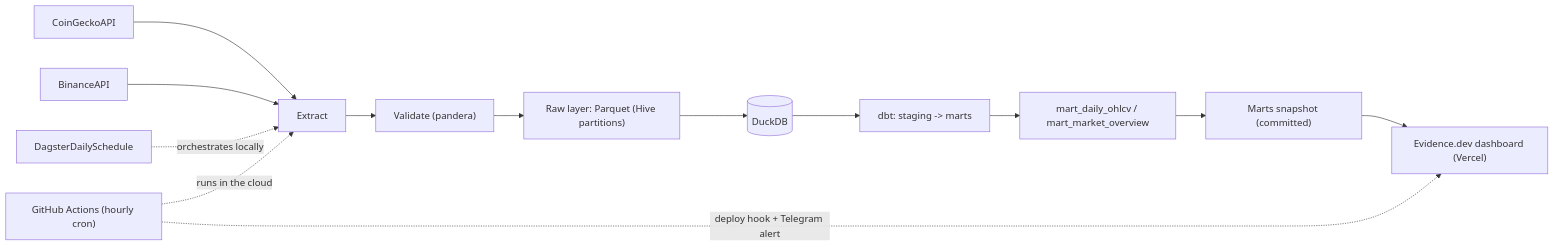
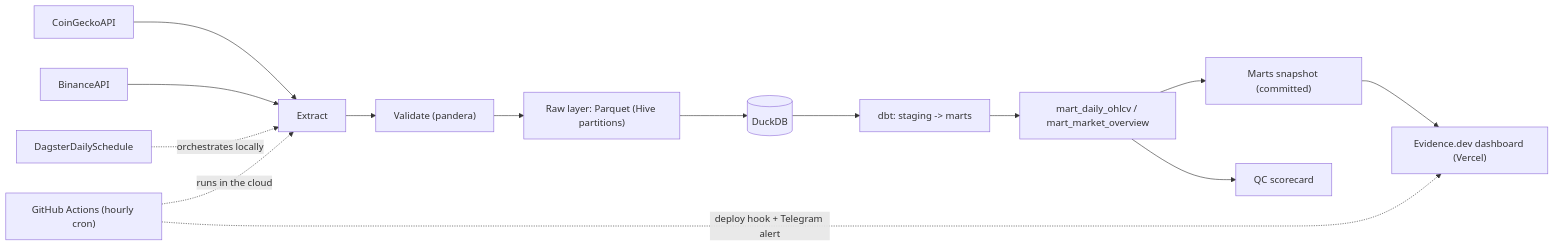
The diagram in README.md (marioespinosaperales/crypto-market-elt), drawn with Mermaid before and after one commit. The commit also changed other lines of this file and 10 other files, not shown here.

````diff
--- a/README.md
+++ b/README.md
@@ -10,15 +11,16 @@
 ```mermaid
 flowchart LR
     cg[CoinGeckoAPI] --> extract[Extract]
     bn[BinanceAPI] --> extract
     extract --> validate["Validate (pandera)"]
     validate --> parquet["Raw layer: Parquet (Hive partitions)"]
     parquet --> duck[(DuckDB)]
     duck --> dbt["dbt: staging -> marts"]
     dbt --> marts["mart_daily_ohlcv / mart_market_overview"]
     marts --> snapshot["Marts snapshot (committed)"]
     snapshot --> evidence["Evidence.dev dashboard (Vercel)"]
+    marts --> eval["QC scorecard"]
     dagster[DagsterDailySchedule] -.orchestrates locally.-> extract
     gha["GitHub Actions (hourly cron)"] -.runs in the cloud.-> extract
     gha -.deploy hook + Telegram alert.-> evidence
 ```
````
